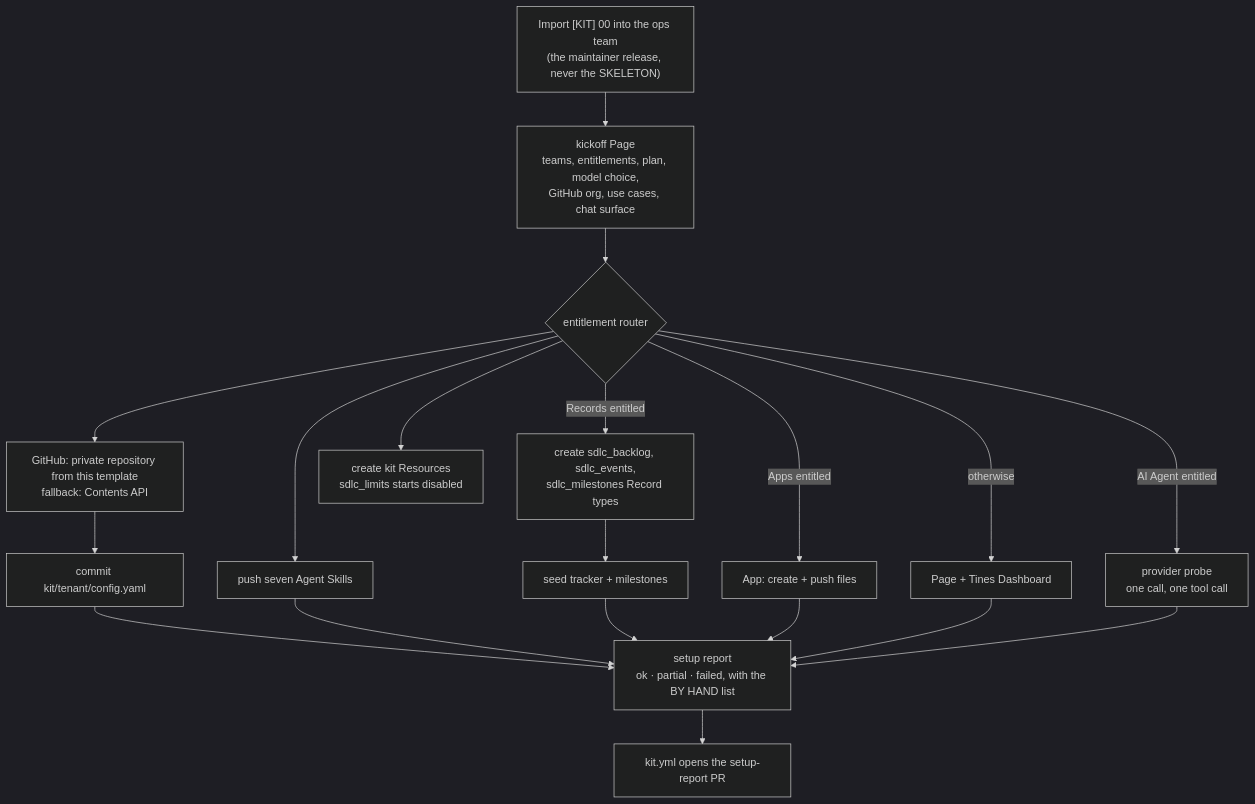
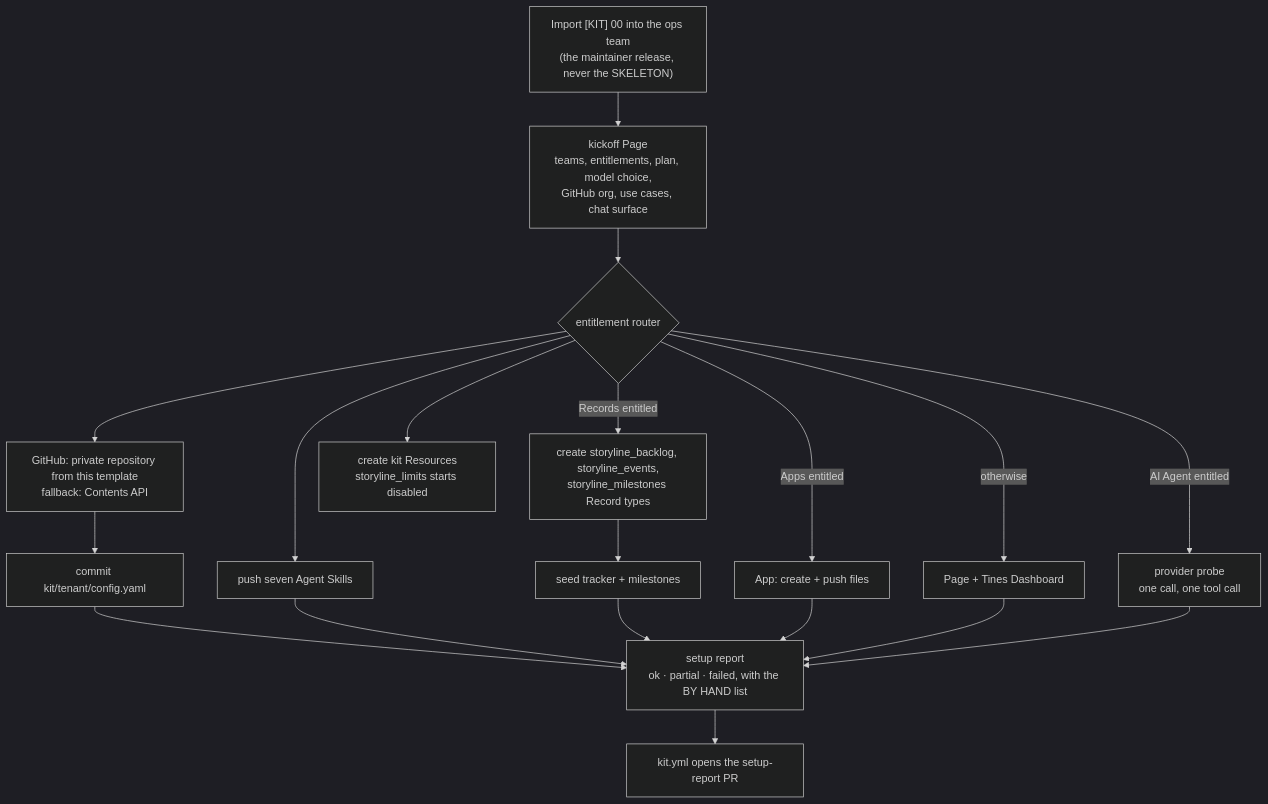
Before and after one commit to ad-ipp-tines/Agentic-Story-Factory-Starter-Kit: the ninth of 11 diagrams in docs/study-guides/00-visual-tour.md, drawn with Mermaid (dark theme). The commit also changed other lines of this file and 385 other files, not shown here.

First line of the commit message:
Rename lifecycle and kit concepts to Storyline and Storyworks.

````diff
--- a/docs/study-guides/00-visual-tour.md
+++ b/docs/study-guides/00-visual-tour.md
@@ -237,16 +237,16 @@
 ```mermaid
 flowchart TB
     IMP["Import [KIT] 00 into the ops team<br/>(the maintainer release, never the SKELETON)"] --> PG["kickoff Page<br/>teams, entitlements, plan, model choice,<br/>GitHub org, use cases, chat surface"]
     PG --> RT{"entitlement router"}
     RT --> GH["GitHub: private repository from this template<br/>fallback: Contents API"]
     GH --> CFG["commit kit/tenant/config.yaml"]
     RT --> SKL["push seven Agent Skills"]
-    RT -->|"Records entitled"| REC["create sdlc_backlog, sdlc_events,<br/>sdlc_milestones Record types"]
-    RT --> RES["create kit Resources<br/>sdlc_limits starts disabled"]
+    RT -->|"Records entitled"| REC["create storyline_backlog, storyline_events,<br/>storyline_milestones Record types"]
+    RT --> RES["create kit Resources<br/>storyline_limits starts disabled"]
     REC --> SEED["seed tracker + milestones"]
     RT -->|"Apps entitled"| APP["App: create + push files"]
     RT -->|"otherwise"| DSH["Page + Tines Dashboard"]
     RT -->|"AI Agent entitled"| PRB["provider probe<br/>one call, one tool call"]
     CFG & SKL & SEED & APP & DSH & PRB --> REP["setup report<br/>ok · partial · failed, with the BY HAND list"]
     REP --> KPR["kit.yml opens the setup-report PR"]
 ```
````
